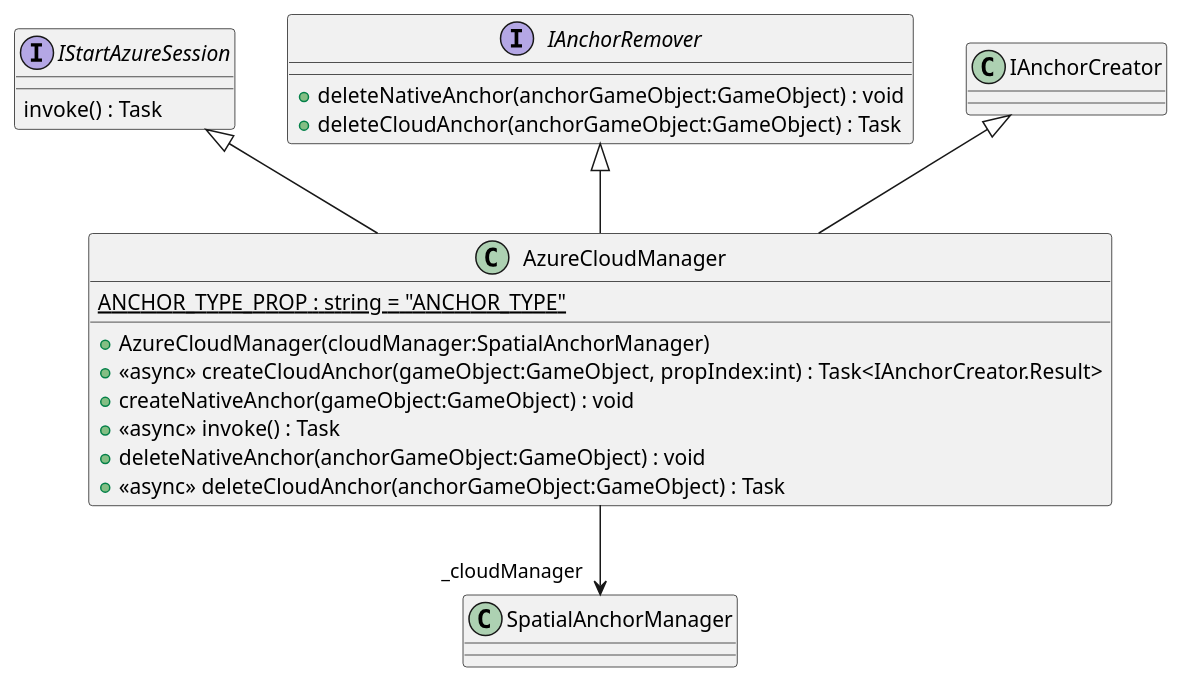
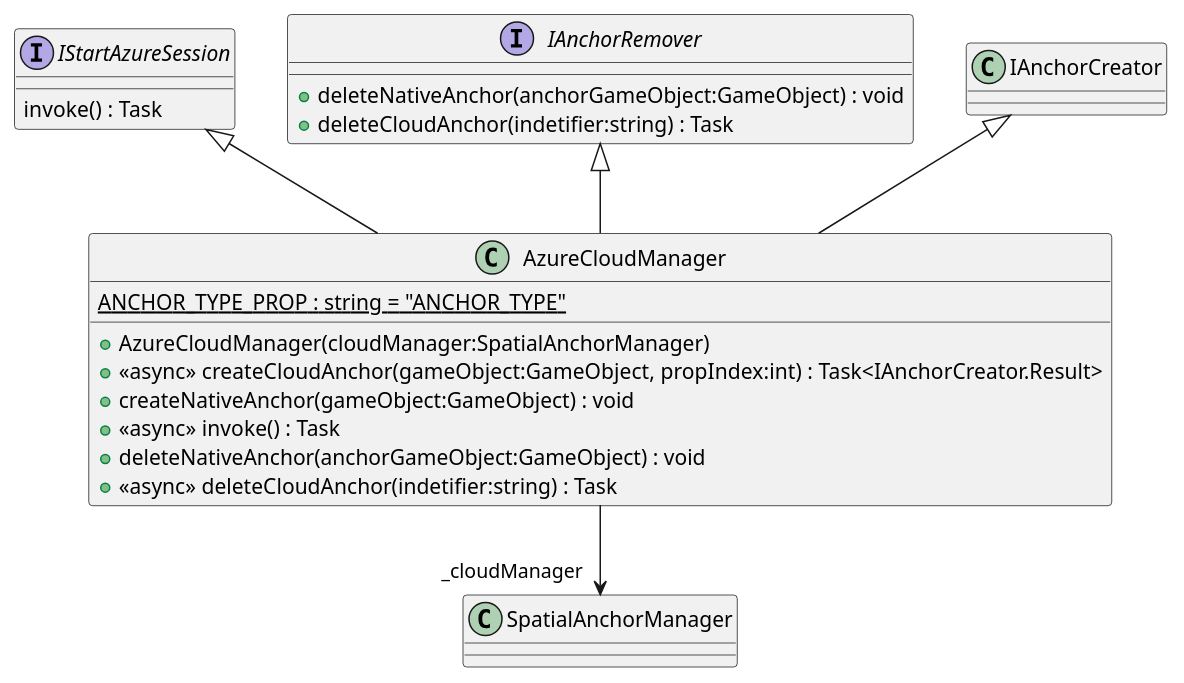
One commit to DeNatur/ProductionFloorVisualization changed the diagram in UML/spatiallogic/AzureCloudManager.puml. Above: the diagram before and after it, drawn with PlantUML. The commit also changed 16 other files, not shown here.

Commit message:
Generate UML (Generate UML)

```diff
--- a/UML/spatiallogic/AzureCloudManager.puml
+++ b/UML/spatiallogic/AzureCloudManager.puml
@@ -1,22 +1,22 @@
 @startuml
 interface IStartAzureSession {
     invoke() : Task
 }
 interface IAnchorRemover {
     + deleteNativeAnchor(anchorGameObject:GameObject) : void
-    + deleteCloudAnchor(anchorGameObject:GameObject) : Task
+    + deleteCloudAnchor(indetifier:string) : Task
 }
 class AzureCloudManager {
     {static} ANCHOR_TYPE_PROP : string = "ANCHOR_TYPE"
     + AzureCloudManager(cloudManager:SpatialAnchorManager)
     + <<async>> createCloudAnchor(gameObject:GameObject, propIndex:int) : Task<IAnchorCreator.Result>
     + createNativeAnchor(gameObject:GameObject) : void
     + <<async>> invoke() : Task
     + deleteNativeAnchor(anchorGameObject:GameObject) : void
-    + <<async>> deleteCloudAnchor(anchorGameObject:GameObject) : Task
+    + <<async>> deleteCloudAnchor(indetifier:string) : Task
 }
 IAnchorCreator <|-- AzureCloudManager
 IAnchorRemover <|-- AzureCloudManager
 IStartAzureSession <|-- AzureCloudManager
 AzureCloudManager --> "_cloudManager" SpatialAnchorManager
 @enduml
```
